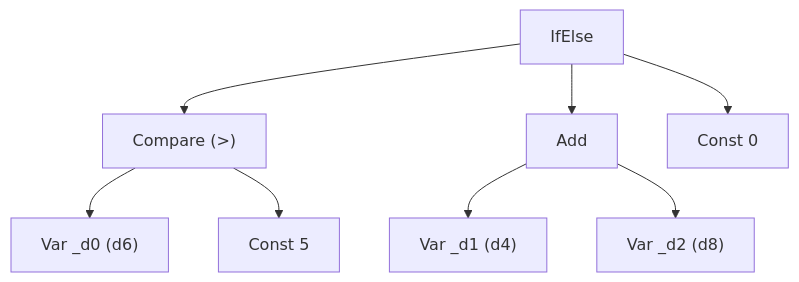
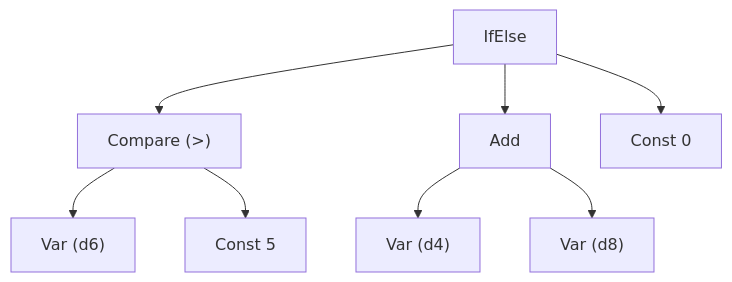
The second of 5 diagrams in README.md (BertilBraun/Dice-Probabilities), drawn with Mermaid before and after one commit. The commit also changed other lines of this file, not shown here.

````diff
--- a/README.md
+++ b/README.md
@@ -140,10 +139,10 @@
 ```mermaid
 graph TD
     IfElse --> cond["Compare (&gt;)"]
     IfElse --> then_add[Add]
     IfElse --> else_zero["Const 0"]
-    cond --> d0["Var _d0  (d6)"]
+    cond --> d0["Var (d6)"]
     cond --> c5["Const 5"]
-    then_add --> d1["Var _d1  (d4)"]
-    then_add --> d2["Var _d2  (d8)"]
+    then_add --> d1["Var (d4)"]
+    then_add --> d2["Var (d8)"]
 ```
````
